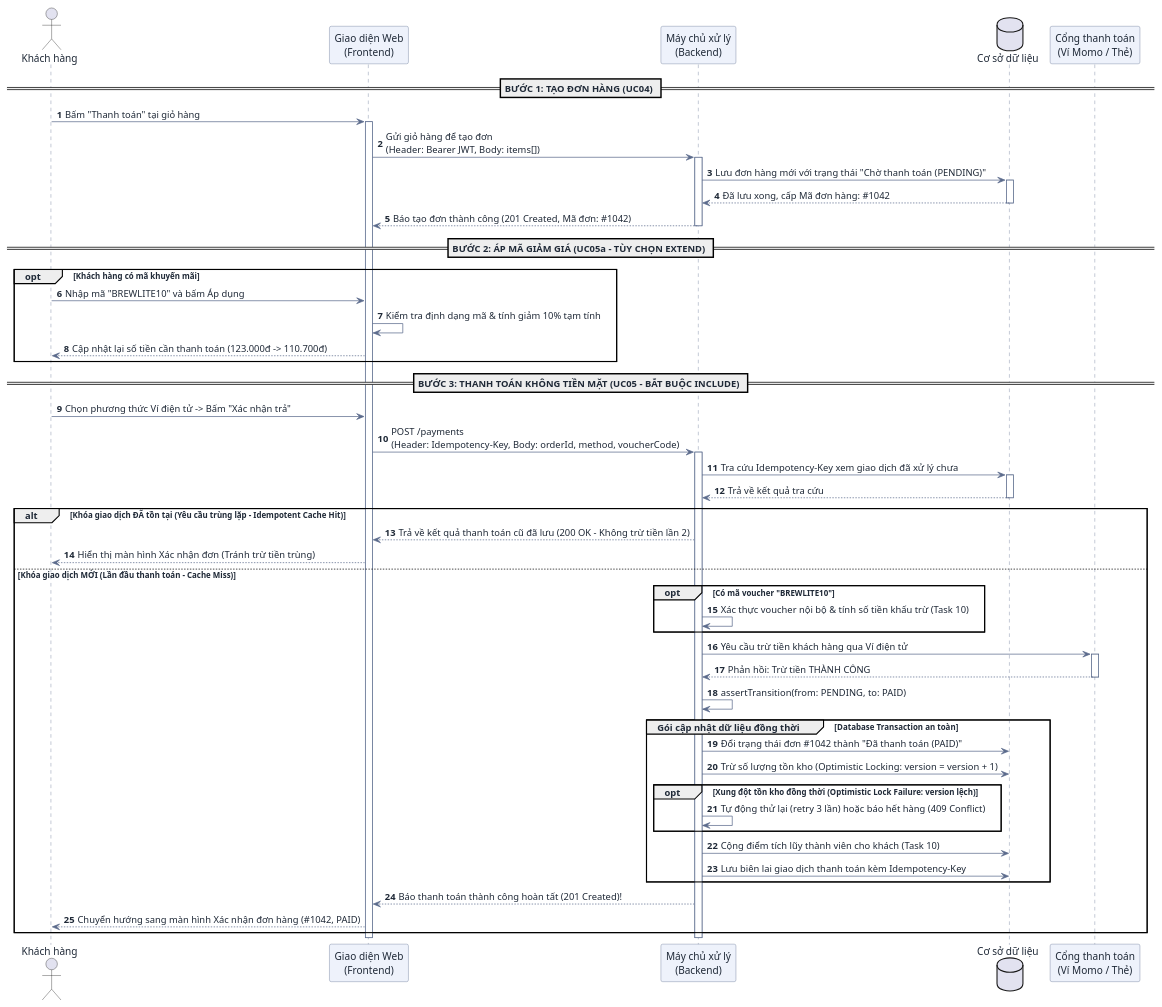
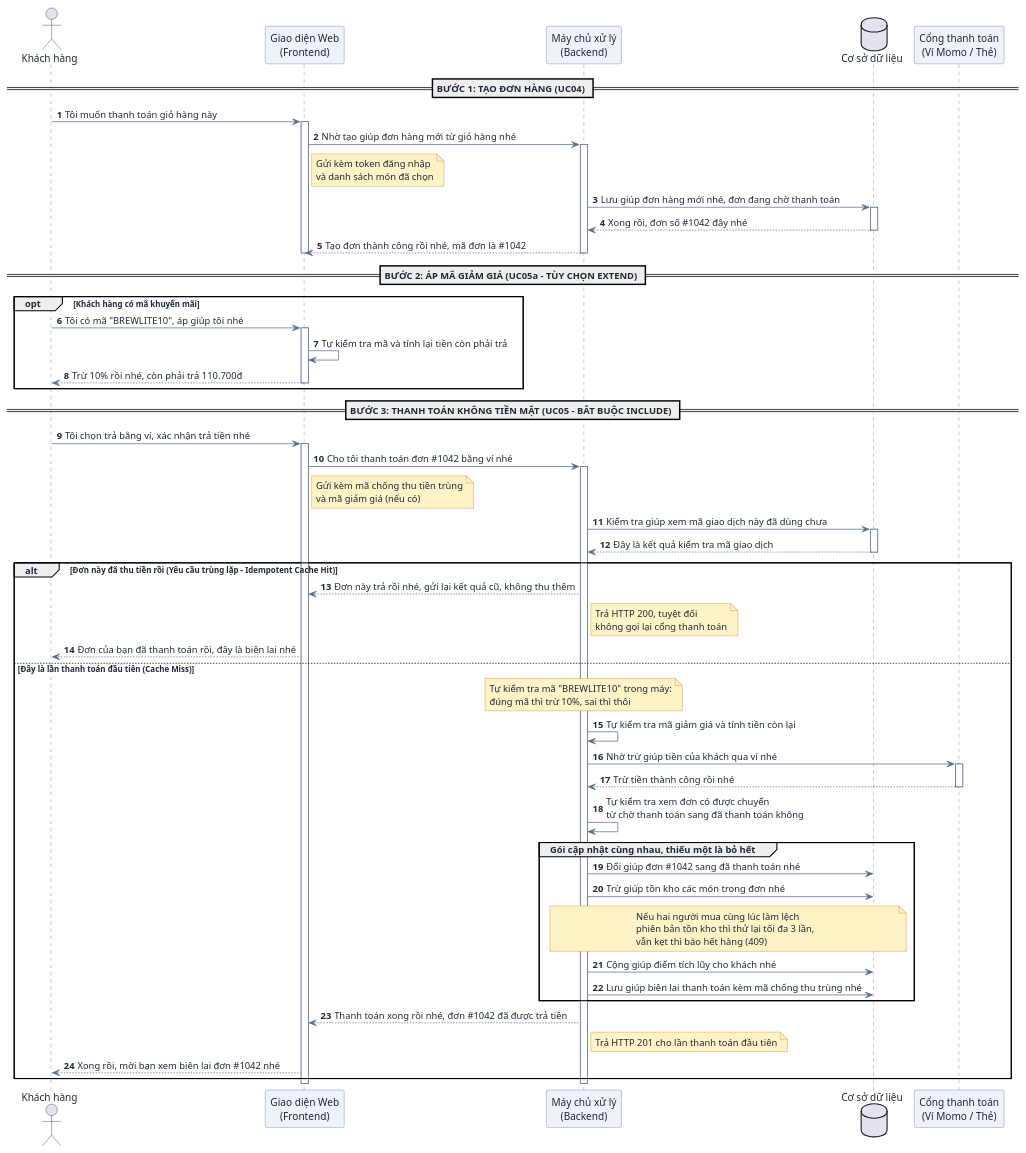
The fourth of 6 diagrams in docs/user-sequence-specifications.md (DuVinhLoi/BrewLite), drawn with PlantUML before and after one commit. The commit also changed 1 other file, not shown here.

Commit message:
docs: clarify US-05 two-step PENDING then PAID, keep cart on failure

```diff
--- a/docs/user-sequence-specifications.md
+++ b/docs/user-sequence-specifications.md
@@ -247,6 +247,9 @@
 skinparam SequenceParticipantBackgroundColor #eef2fb
 skinparam SequenceParticipantBorderColor #5b6b8c
 skinparam SequenceLifeLineBorderColor #5b6b8c
+skinparam NoteBackgroundColor #fef3c7
+skinparam NoteBorderColor #d97706
+skinparam NoteFontColor #1f2937
 
 autonumber
 actor "Khách hàng" as User
@@ -256,60 +259,73 @@
 participant "Cổng thanh toán\n(Ví Momo / Thẻ)" as Gateway
 
 == BƯỚC 1: TẠO ĐƠN HÀNG (UC04) ==
-User -> FE : Bấm "Thanh toán" tại giỏ hàng
+User -> FE : Tôi muốn thanh toán giỏ hàng này
 activate FE
-FE -> BE : Gửi giỏ hàng để tạo đơn\n(Header: Bearer JWT, Body: items[])
+FE -> BE : Nhờ tạo giúp đơn hàng mới từ giỏ hàng nhé
+note right of FE #fef3c7 : Gửi kèm token đăng nhập\nvà danh sách món đã chọn
 activate BE
-BE -> DB : Lưu đơn hàng mới với trạng thái "Chờ thanh toán (PENDING)"
+BE -> DB : Lưu giúp đơn hàng mới nhé, đơn đang chờ thanh toán
 activate DB
-DB --> BE : Đã lưu xong, cấp Mã đơn hàng: #1042
+DB --> BE : Xong rồi, đơn số #1042 đây nhé
 deactivate DB
-BE --> FE : Báo tạo đơn thành công (201 Created, Mã đơn: #1042)
+BE --> FE : Tạo đơn thành công rồi nhé, mã đơn là #1042
 deactivate BE
+deactivate FE
 
 == BƯỚC 2: ÁP MÃ GIẢM GIÁ (UC05a - TÙY CHỌN EXTEND) ==
 opt Khách hàng có mã khuyến mãi
-    User -> FE : Nhập mã "BREWLITE10" và bấm Áp dụng
-    FE -> FE : Kiểm tra định dạng mã & tính giảm 10% tạm tính
-    FE --> User : Cập nhật lại số tiền cần thanh toán (123.000đ -> 110.700đ)
+    User -> FE : Tôi có mã "BREWLITE10", áp giúp tôi nhé
+    activate FE
+    FE -> FE : Tự kiểm tra mã và tính lại tiền còn phải trả
+    FE --> User : Trừ 10% rồi nhé, còn phải trả 110.700đ
+    deactivate FE
 end
 
 == BƯỚC 3: THANH TOÁN KHÔNG TIỀN MẶT (UC05 - BẮT BUỘC INCLUDE) ==
-User -> FE : Chọn phương thức Ví điện tử -> Bấm "Xác nhận trả"
-FE -> BE : POST /payments\n(Header: Idempotency-Key, Body: orderId, method, voucherCode)
+User -> FE : Tôi chọn trả bằng ví, xác nhận trả tiền nhé
+activate FE
+FE -> BE : Cho tôi thanh toán đơn #1042 bằng ví nhé
+note right of FE #fef3c7 : Gửi kèm mã chống thu tiền trùng\nvà mã giảm giá (nếu có)
 activate BE
 
-BE -> DB : Tra cứu Idempotency-Key xem giao dịch đã xử lý chưa
+BE -> DB : Kiểm tra giúp xem mã giao dịch này đã dùng chưa
 activate DB
-DB --> BE : Trả về kết quả tra cứu
+DB --> BE : Đây là kết quả kiểm tra mã giao dịch
 deactivate DB
 
-alt Khóa giao dịch ĐÃ tồn tại (Yêu cầu trùng lặp - Idempotent Cache Hit)
-    BE --> FE : Trả về kết quả thanh toán cũ đã lưu (200 OK - Không trừ tiền lần 2)
-    FE --> User : Hiển thị màn hình Xác nhận đơn (Tránh trừ tiền trùng)
-else Khóa giao dịch MỚI (Lần đầu thanh toán - Cache Miss)
-    opt Có mã voucher "BREWLITE10"
-        BE -> BE : Xác thực voucher nội bộ & tính số tiền khấu trừ (Task 10)
-    end
-    BE -> Gateway : Yêu cầu trừ tiền khách hàng qua Ví điện tử
+alt Đơn này đã thu tiền rồi (Yêu cầu trùng lặp - Idempotent Cache Hit)
+    BE --> FE : Đơn này trả rồi nhé, gửi lại kết quả cũ, không thu thêm
+    note right of BE #fef3c7 : Trả HTTP 200, tuyệt đối\nkhông gọi lại cổng thanh toán
+    FE --> User : Đơn của bạn đã thanh toán rồi, đây là biên lai nhé
+else Đây là lần thanh toán đầu tiên (Cache Miss)
+    note over BE #fef3c7
+        Tự kiểm tra mã "BREWLITE10" trong máy:
+        đúng mã thì trừ 10%, sai thì thôi
+    end note
+    BE -> BE : Tự kiểm tra mã giảm giá và tính tiền còn lại
+
+    BE -> Gateway : Nhờ trừ giúp tiền của khách qua ví nhé
     activate Gateway
-    Gateway --> BE : Phản hồi: Trừ tiền THÀNH CÔNG
+    Gateway --> BE : Trừ tiền thành công rồi nhé
     deactivate Gateway
 
-    BE -> BE : assertTransition(from: PENDING, to: PAID)
+    BE -> BE : Tự kiểm tra xem đơn có được chuyển\ntừ chờ thanh toán sang đã thanh toán không
 
-    group Gói cập nhật dữ liệu đồng thời [Database Transaction an toàn]
-        BE -> DB : Đổi trạng thái đơn #1042 thành "Đã thanh toán (PAID)"
-        BE -> DB : Trừ số lượng tồn kho (Optimistic Locking: version = version + 1)
-        opt Xung đột tồn kho đồng thời (Optimistic Lock Failure: version lệch)
-            BE -> BE : Tự động thử lại (retry 3 lần) hoặc báo hết hàng (409 Conflict)
-        end
-        BE -> DB : Cộng điểm tích lũy thành viên cho khách (Task 10)
-        BE -> DB : Lưu biên lai giao dịch thanh toán kèm Idempotency-Key
+    group Gói cập nhật cùng nhau, thiếu một là bỏ hết
+        BE -> DB : Đổi giúp đơn #1042 sang đã thanh toán nhé
+        BE -> DB : Trừ giúp tồn kho các món trong đơn nhé
+        note over BE, DB #fef3c7
+            Nếu hai người mua cùng lúc làm lệch
+            phiên bản tồn kho thì thử lại tối đa 3 lần,
+            vẫn kẹt thì báo hết hàng (409)
+        end note
+        BE -> DB : Cộng giúp điểm tích lũy cho khách nhé
+        BE -> DB : Lưu giúp biên lai thanh toán kèm mã chống thu trùng nhé
     end
 
-    BE --> FE : Báo thanh toán thành công hoàn tất (201 Created)!
-    FE --> User : Chuyển hướng sang màn hình Xác nhận đơn hàng (#1042, PAID)
+    BE --> FE : Thanh toán xong rồi nhé, đơn #1042 đã được trả tiền
+    note right of BE #fef3c7 : Trả HTTP 201 cho lần thanh toán đầu tiên
+    FE --> User : Xong rồi, mời bạn xem biên lai đơn #1042 nhé
 end
 deactivate BE
 deactivate FE
```
